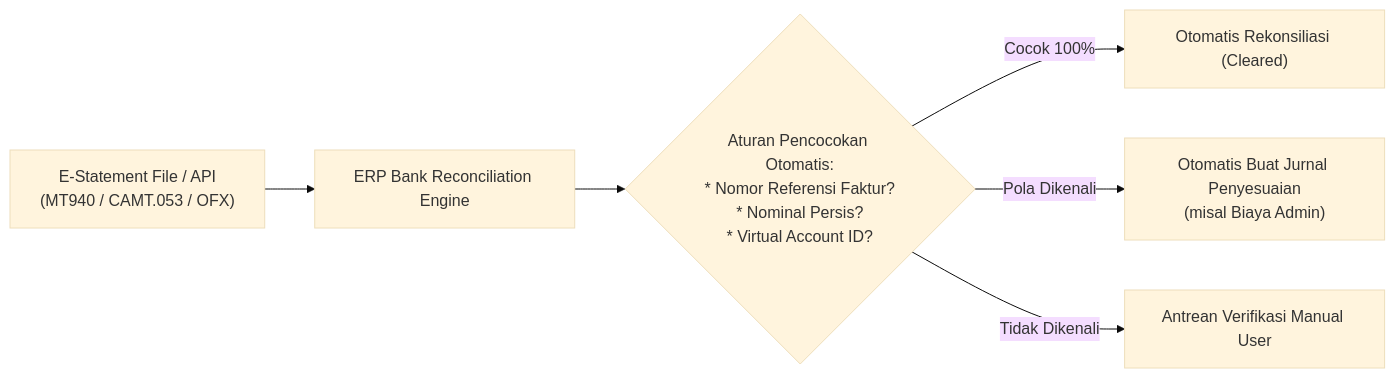
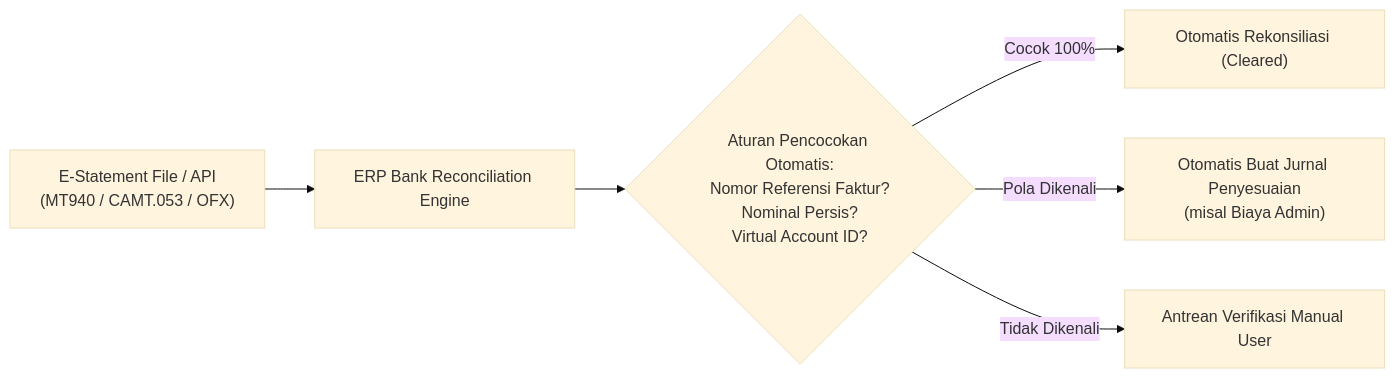
One commit to alimurrofid/erp-notes changed the second of 2 diagrams in content/02-accounting/bank-reconciliation.md. Above: the diagram before and after it, drawn with Mermaid (base theme). The commit also changed other lines of this file and 59 other files, not shown here.

Commit message:
fix(content):enter character mermaid

````diff
--- a/content/02-accounting/bank-reconciliation.md
+++ b/content/02-accounting/bank-reconciliation.md
@@ -104,9 +104,9 @@
 ```mermaid
 flowchart LR
-    BankStatement["E-Statement File / API\n(MT940 / CAMT.053 / OFX)"]
+    BankStatement["E-Statement File / API<br/>(MT940 / CAMT.053 / OFX)"]
     --> Engine["ERP Bank Reconciliation Engine"]
-    --> MatchRule{"Aturan Pencocokan Otomatis:\n* Nomor Referensi Faktur?\n* Nominal Persis?\n* Virtual Account ID?"}
+    --> MatchRule{"Aturan Pencocokan Otomatis:<br/>Nomor Referensi Faktur?<br/>Nominal Persis?<br/>Virtual Account ID?"}
     MatchRule -->|Cocok 100%| AutoClear["Otomatis Rekonsiliasi (Cleared)"]
-    MatchRule -->|Pola Dikenali| AutoJrn["Otomatis Buat Jurnal Penyesuaian\n(misal Biaya Admin)"]
+    MatchRule -->|Pola Dikenali| AutoJrn["Otomatis Buat Jurnal Penyesuaian<br/>(misal Biaya Admin)"]
     MatchRule -->|Tidak Dikenali| ManualRev["Antrean Verifikasi Manual User"]
 ```
````
